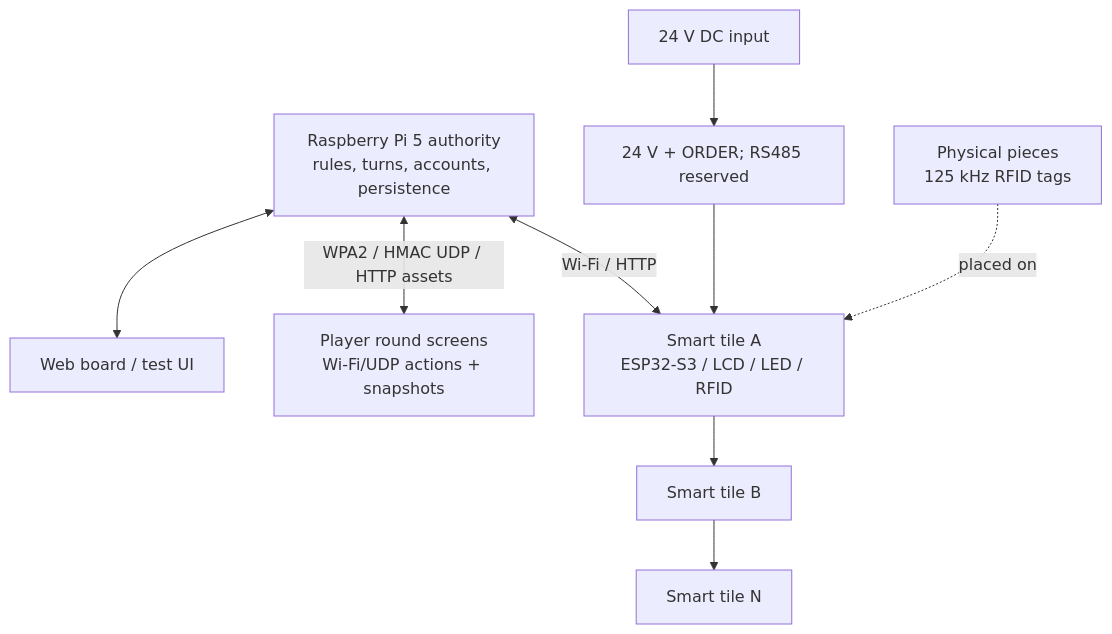
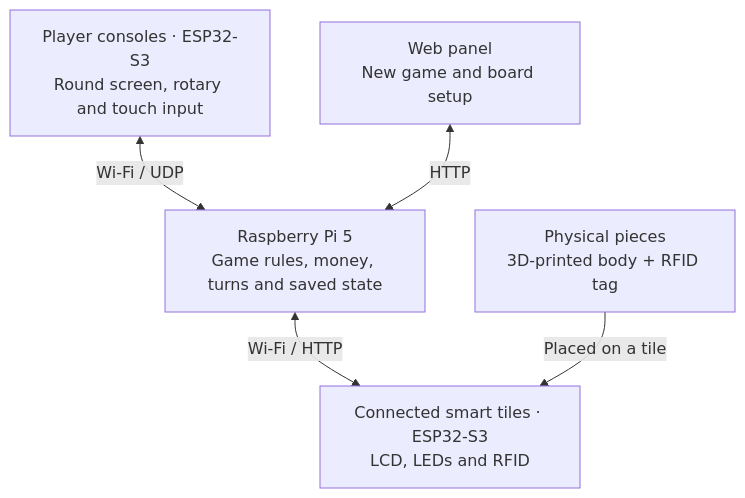
The diagram in README.md (Ha22yX/Gridopoly), drawn with Mermaid before and after one commit. The commit also changed other lines of this file and 231 other files, not shown here.

````diff
--- a/README.md
+++ b/README.md
@@ -75,20 +105,12 @@
 ```mermaid
 flowchart TB
-    Pi["Raspberry Pi 5 authority<br/>rules, turns, accounts, persistence"]
-    Web["Web board / test UI"]
-    Console["Player round screens<br/>Wi-Fi/UDP actions + snapshots"]
-    Bus["24 V + ORDER; RS485 reserved"]
-    TileA["Smart tile A<br/>ESP32-S3 / LCD / LED / RFID"]
-    TileB["Smart tile B"]
-    TileN["Smart tile N"]
-    Piece["Physical pieces<br/>125 kHz RFID tags"]
-
-    Pi <--> Web
-    Pi <-->|"WPA2 / HMAC UDP / HTTP assets"| Console
-    Power["24 V DC input"] --> Bus
-    Pi <-->|"Wi-Fi / HTTP"| TileA
-    Bus --> TileA
-    TileA --> TileB
-    TileB --> TileN
-    Piece -. placed on .-> TileA
+    Players["Player consoles · ESP32-S3<br/>Round screen, rotary and touch input"]
+    Pi["Raspberry Pi 5<br/>Game rules, money, turns and saved state"]
+    Web["Web panel<br/>New game and board setup"]
+    Tiles["Connected smart tiles · ESP32-S3<br/>LCD, LEDs and RFID"]
+    Pieces["Physical pieces<br/>3D-printed body + RFID tag"]
+    Players <-->|Wi-Fi / UDP| Pi
+    Web <-->|HTTP| Pi
+    Pi <-->|Wi-Fi / HTTP| Tiles
+    Pieces -->|Placed on a tile| Tiles
 ```
````
